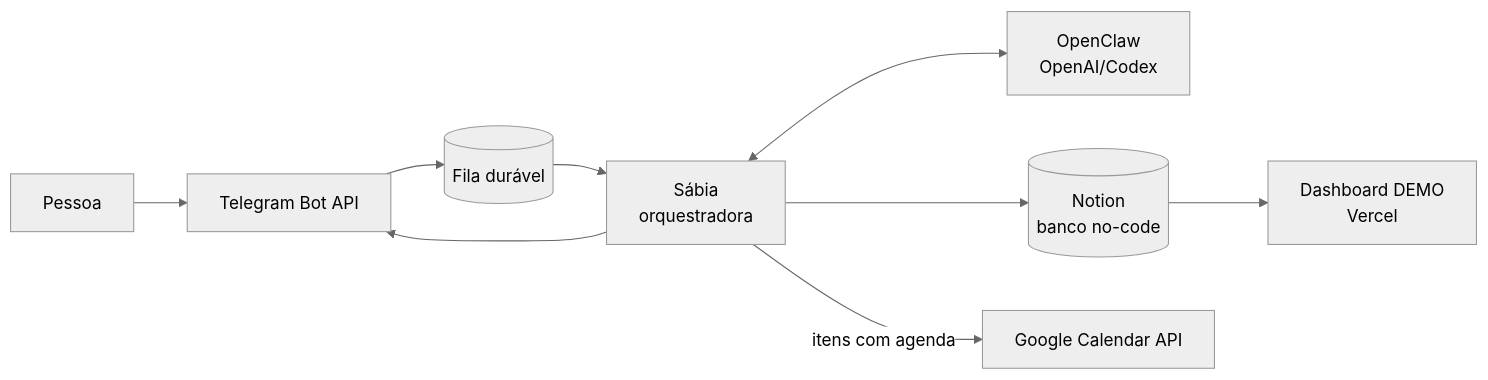
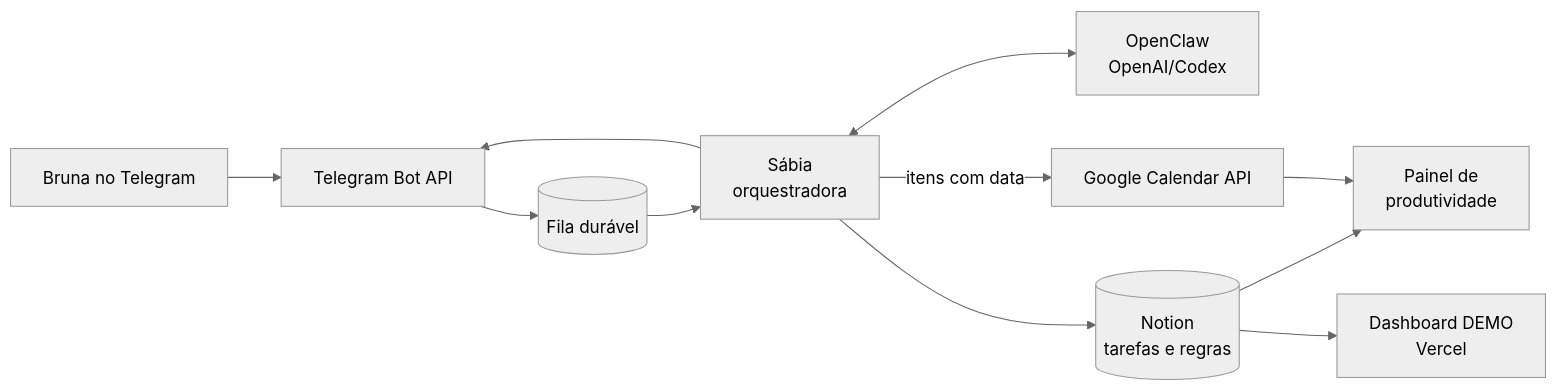
One commit to brunarezerdev/sabia-organizacao-pessoal changed the diagram in README.md. Above: the diagram before and after it, drawn with Mermaid (neutral theme). The commit also changed other lines of this file and 10 other files, not shown here.

````diff
--- a/README.md
+++ b/README.md
@@ -75,11 +250,13 @@
 ```mermaid
 flowchart LR
-    P[Pessoa] --> TG[Telegram Bot API]
+    B[Bruna no Telegram] --> TG[Telegram Bot API]
     TG --> F[(Fila durável)]
     F --> S[Sábia<br/>orquestradora]
     S <--> IA[OpenClaw<br/>OpenAI/Codex]
-    S --> N[(Notion<br/>banco no-code)]
-    S -->|itens com agenda| G[Google Calendar API]
+    S --> N[(Notion<br/>tarefas e regras)]
+    S -->|itens com data| G[Google Calendar API]
     S --> TG
+    N --> P[Painel de<br/>produtividade]
+    G --> P
     N --> D[Dashboard DEMO<br/>Vercel]
 ```
````
